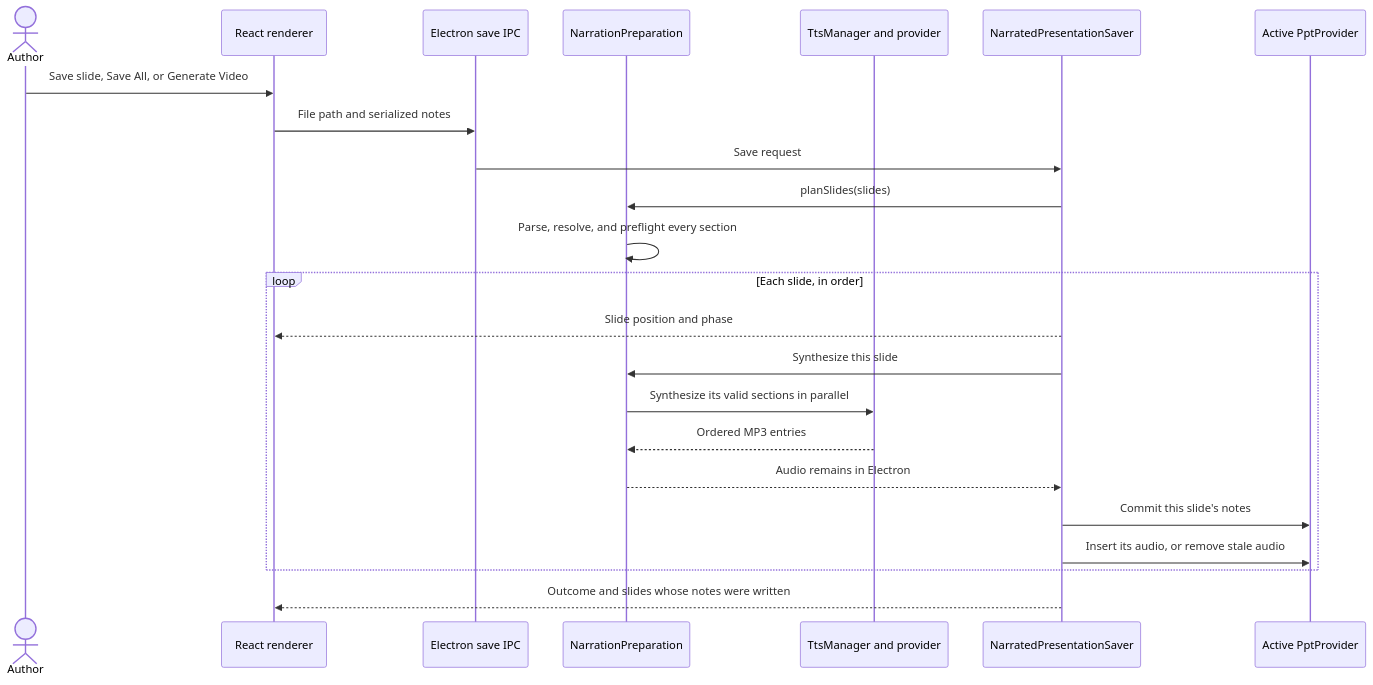
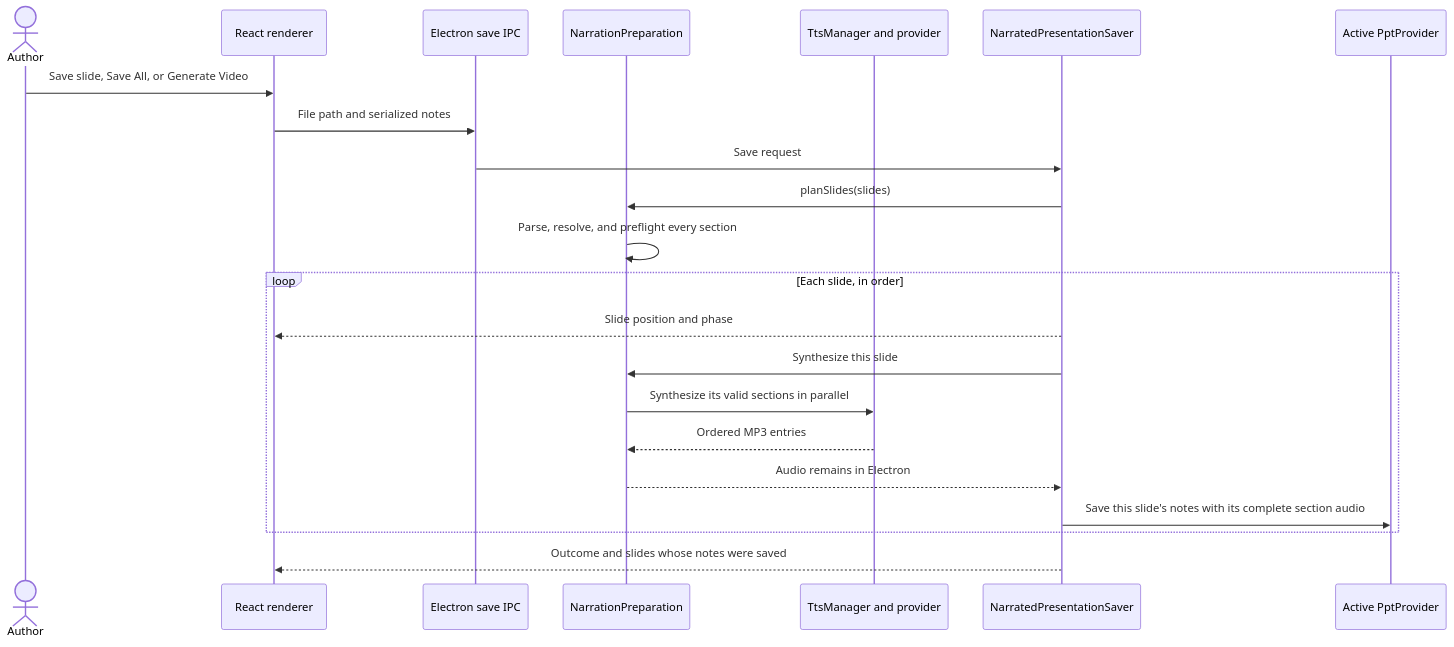
One commit to power-narrator/power-narrator-fe changed the third of 3 diagrams in README.md. Above: the diagram before and after it, drawn with Mermaid. The commit also changed other lines of this file and 21 other files, not shown here.

First line of the commit message:
feat: save each slide's notes and section audio together on Mac

````diff
--- a/README.md
+++ b/README.md
@@ -216,26 +216,25 @@
 ```mermaid
 sequenceDiagram
   actor Author
   participant UI as React renderer
   participant IPC as Electron save IPC
   participant Prep as NarrationPreparation
   participant TTS as TtsManager and provider
   participant Saver as NarratedPresentationSaver
   participant PPT as Active PptProvider
 
   Author->>UI: Save slide, Save All, or Generate Video
   UI->>IPC: File path and serialized notes
   IPC->>Saver: Save request
   Saver->>Prep: planSlides(slides)
   Prep->>Prep: Parse, resolve, and preflight every section
   loop Each slide, in order
     Saver-->>UI: Slide position and phase
     Saver->>Prep: Synthesize this slide
     Prep->>TTS: Synthesize its valid sections in parallel
     TTS-->>Prep: Ordered MP3 entries
     Prep-->>Saver: Audio remains in Electron
-    Saver->>PPT: Commit this slide's notes
-    Saver->>PPT: Insert its audio, or remove stale audio
+    Saver->>PPT: Save this slide's notes with its complete section audio
   end
-  Saver-->>UI: Outcome and slides whose notes were written
+  Saver-->>UI: Outcome and slides whose notes were saved
 ```
````
